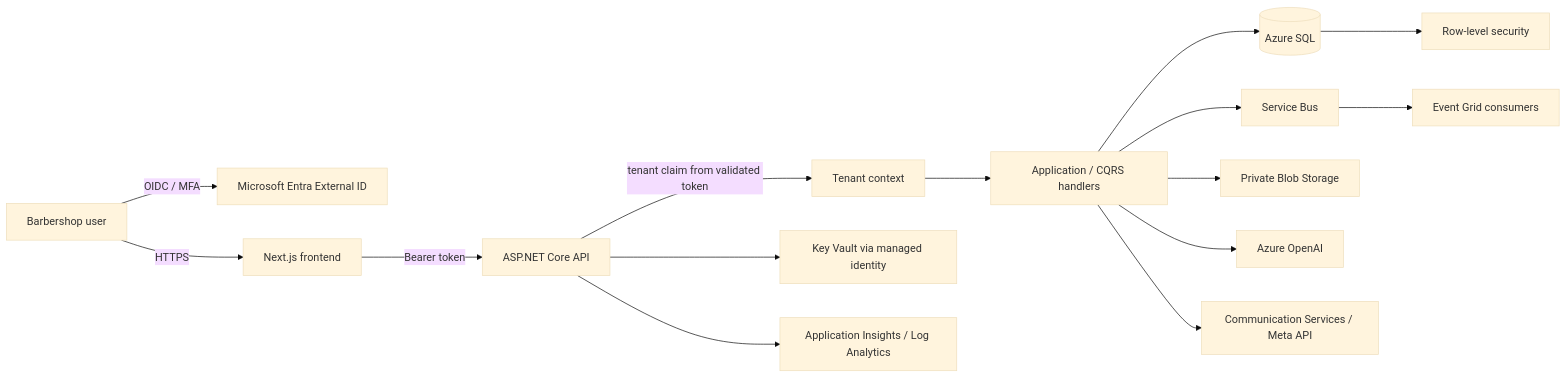
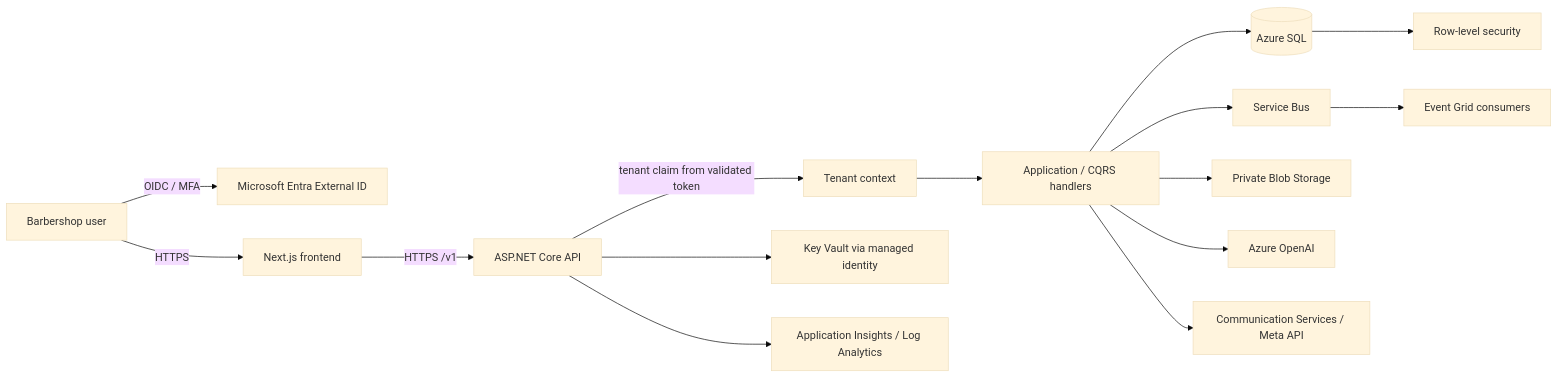
Before and after one commit to nicdux/Turma-64010-python: the diagram in docs/architecture.md, drawn with Mermaid (base theme). The commit also changed other lines of this file and 4 other files, not shown here.

````diff
--- a/docs/architecture.md
+++ b/docs/architecture.md
@@ -9,17 +9,17 @@
 ```mermaid
 flowchart LR
   Browser[Barbershop user] -->|OIDC / MFA| Identity[Microsoft Entra External ID]
   Browser -->|HTTPS| Web[Next.js frontend]
-  Web -->|Bearer token| Api[ASP.NET Core API]
+  Web -->|HTTPS /v1| Api[ASP.NET Core API]
   Api -->|tenant claim from validated token| Context[Tenant context]
   Context --> AppSvc[Application / CQRS handlers]
   AppSvc --> Db[(Azure SQL)]
   Db --> RLS[Row-level security]
   Api --> KV[Key Vault via managed identity]
   Api --> Obs[Application Insights / Log Analytics]
   AppSvc --> Queue[Service Bus]
   Queue --> Events[Event Grid consumers]
   AppSvc --> Blob[Private Blob Storage]
   AppSvc --> Ai[Azure OpenAI]
   AppSvc --> Notify[Communication Services / Meta API]
 ```
````
